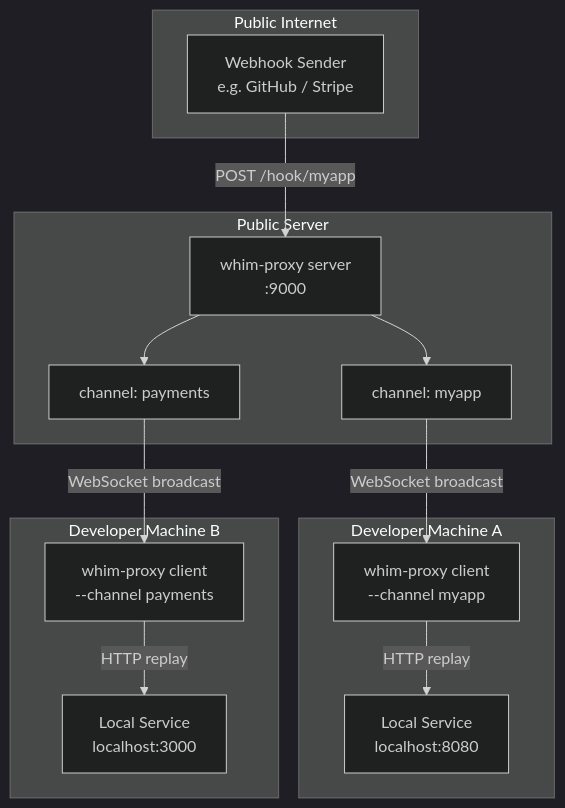
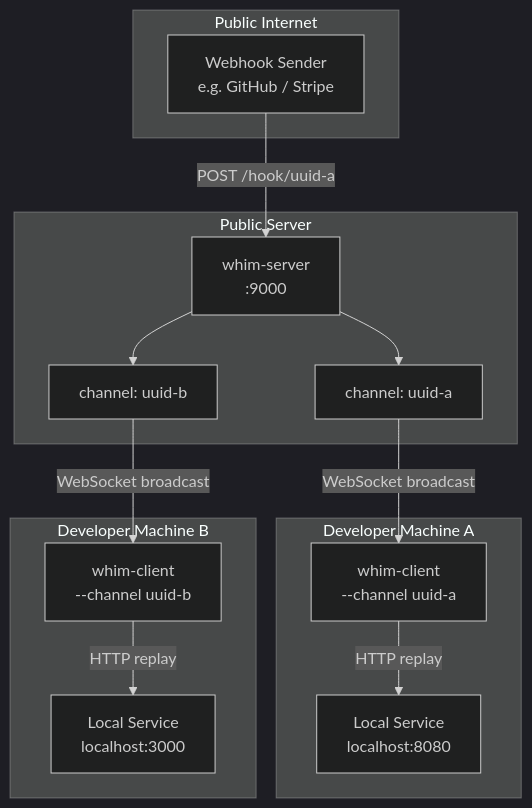
Before and after one commit to kakwa/whim-proxy: the first of 2 diagrams in README.md, drawn with Mermaid (dark theme). The commit also changed other lines of this file and 2 other files, not shown here.

Commit message:
Update README: improve intro, document UUID channels, logging flags, version headers

````diff
--- a/README.md
+++ b/README.md
@@ -50,30 +83,30 @@
 ```mermaid
 graph TD
     subgraph Public Internet
         WS[Webhook Sender<br/>e.g. GitHub / Stripe]
     end
 
     subgraph Public Server
-        SRV[whim-proxy server<br/>:9000]
-        CH1[channel: myapp]
-        CH2[channel: payments]
+        SRV[whim-server<br/>:9000]
+        CH1[channel: uuid-a]
+        CH2[channel: uuid-b]
         SRV --> CH1
         SRV --> CH2
     end
 
     subgraph Developer Machine A
-        CLA[whim-proxy client<br/>--channel myapp]
+        CLA[whim-client<br/>--channel uuid-a]
         LA[Local Service<br/>localhost:8080]
         CLA -->|HTTP replay| LA
     end
 
     subgraph Developer Machine B
-        CLB[whim-proxy client<br/>--channel payments]
+        CLB[whim-client<br/>--channel uuid-b]
         LB[Local Service<br/>localhost:3000]
         CLB -->|HTTP replay| LB
     end
 
-    WS -->|POST /hook/myapp| SRV
+    WS -->|POST /hook/uuid-a| SRV
     CH1 -->|WebSocket broadcast| CLA
     CH2 -->|WebSocket broadcast| CLB
 ```
````
